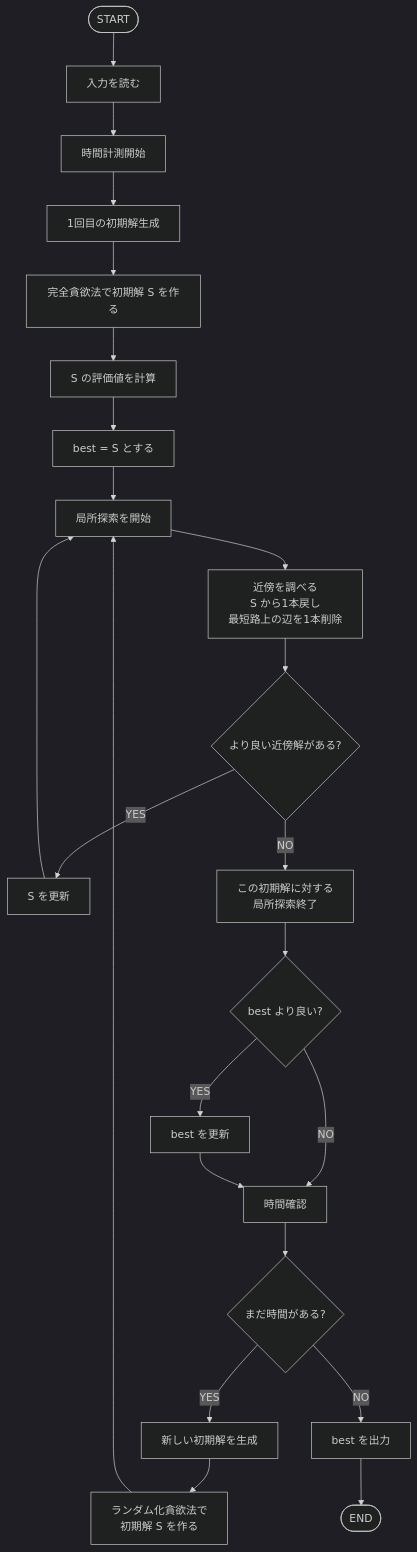
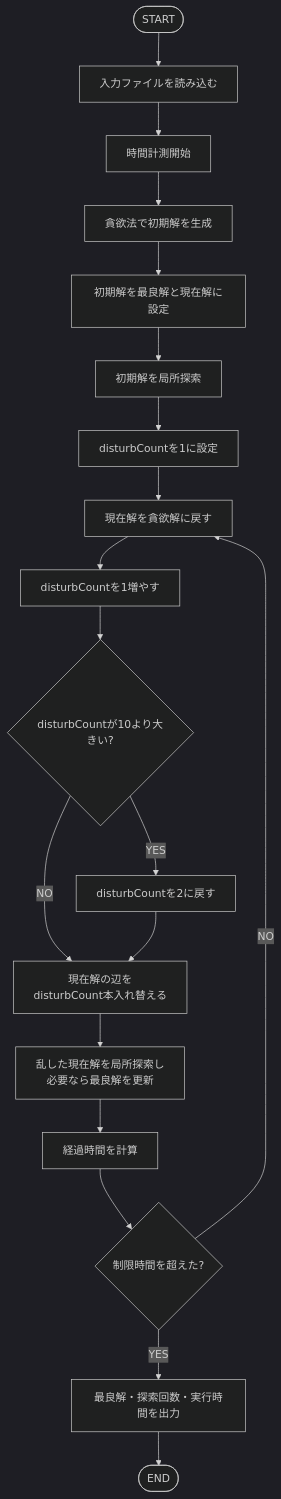
The diagram in README.md (maruko2048/tus-groupwork-group29), drawn with Mermaid before and after one commit. The commit also changed other lines of this file, not shown here.

````diff
--- a/README.md
+++ b/README.md
@@ -154,35 +154,24 @@
 ```mermaid
 %%{init:{'theme':'dark'}}%%
 flowchart TD
-    START([START]) --> read[入力を読む]
+    START([START]) --> read[入力ファイルを読み込む]
     read --> timer[時間計測開始]
-    timer --> first[1回目の初期解生成]
+    timer --> greedy[貪欲法で初期解を生成]
+    greedy --> initialize[初期解を最良解と現在解に設定]
+    initialize --> firstLocal[初期解を局所探索]
+    firstLocal --> initDisturb[disturbCountを1に設定]
 
-    first --> greedy[完全貪欲法で初期解 S を作る]
-    greedy --> evalS[S の評価値を計算]
-    evalS --> setBest[best = S とする]
+    initDisturb --> resetCurrent[現在解を貪欲解に戻す]
+    resetCurrent --> increment[disturbCountを1増やす]
+    increment --> overLimit{disturbCountが10より大きい?}
+    overLimit -- YES --> resetDisturb[disturbCountを2に戻す]
+    overLimit -- NO --> disturb
+    resetDisturb --> disturb[現在解の辺を<br/>disturbCount本入れ替える]
 
-    setBest --> local[局所探索を開始]
-
-    local --> makeNeighbor[近傍を調べる<br/>S から1本戻し<br/>最短路上の辺を1本削除]
-    makeNeighbor --> better{より良い近傍解がある?}
-
-    better -- YES --> updateS[S を更新]
-    updateS --> local
-
-    better -- NO --> localEnd[この初期解に対する<br/>局所探索終了]
-
-    localEnd --> updateBest{best より良い?}
-    updateBest -- YES --> saveBest[best を更新]
-    updateBest -- NO --> checkTime[時間確認]
-    saveBest --> checkTime
-
-    checkTime --> timeLeft{まだ時間がある?}
-    timeLeft -- YES --> randomInit[新しい初期解を生成]
-    timeLeft -- NO --> output[best を出力]
-
-    randomInit --> randomGreedy[ランダム化貪欲法で<br/>初期解 S を作る]
-    randomGreedy --> local
-
+    disturb --> local[乱した現在解を局所探索し<br/>必要なら最良解を更新]
+    local --> elapsed[経過時間を計算]
+    elapsed --> timeOver{制限時間を超えた?}
+    timeOver -- NO --> resetCurrent
+    timeOver -- YES --> output[最良解・探索回数・実行時間を出力]
     output --> END([END])
 ```
````
